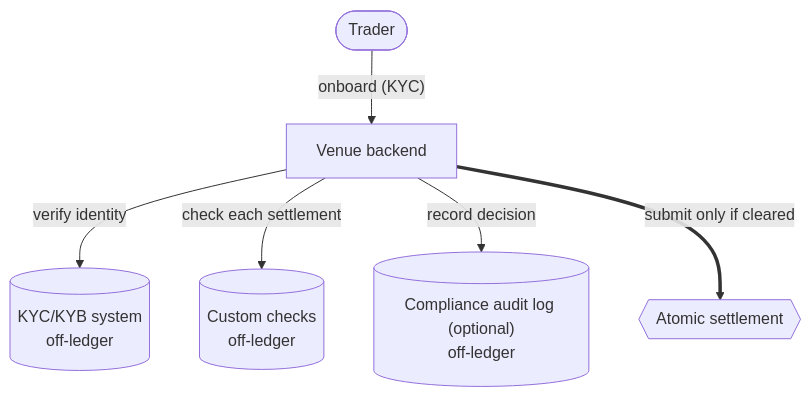
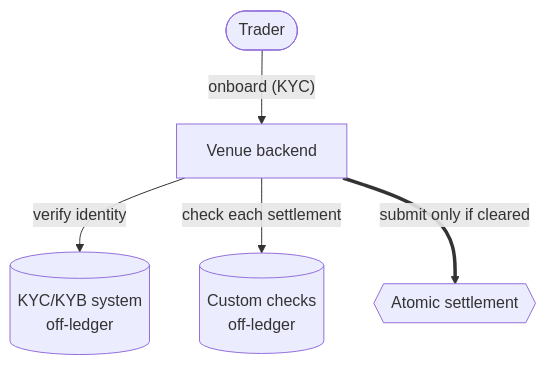
The first of 4 diagrams in docs/reference-architectures/dex.md (OpenZeppelin/canton-specs), drawn with Mermaid before and after one commit. The commit also changed other lines of this file, not shown here.

````diff
--- a/docs/reference-architectures/dex.md
+++ b/docs/reference-architectures/dex.md
@@ -353,15 +356,13 @@
 ```mermaid
 flowchart TD
     Trader([Trader])
     Backend["Venue backend"]
     Kyb[("KYC/KYB system<br/>off-ledger")]
     Checks[("Custom checks<br/>off-ledger")]
-    Log[("Compliance audit log (optional)<br/>off-ledger")]
     Settle{{Atomic settlement}}
 
     Trader -->|"onboard (KYC)"| Backend
     Backend -->|"verify identity"| Kyb
     Backend -->|"check each settlement"| Checks
-    Backend -->|"record decision"| Log
     Backend ==>|"submit only if cleared"| Settle
 ```
````
